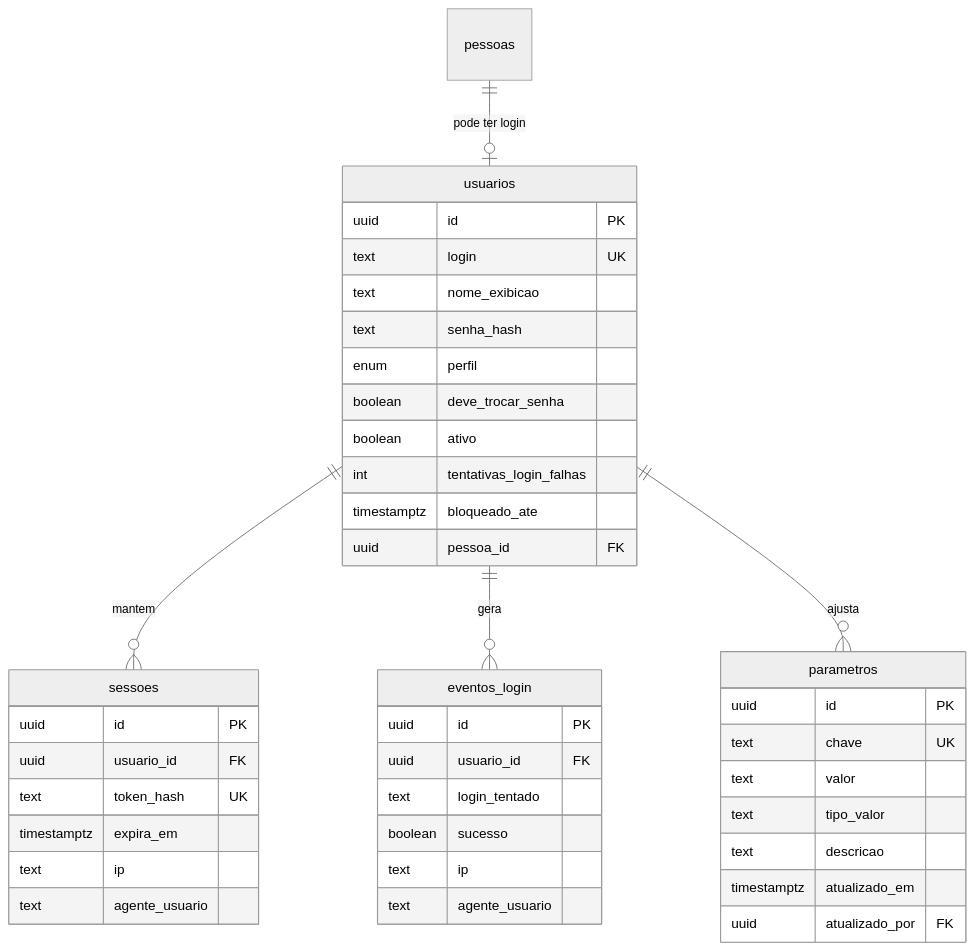
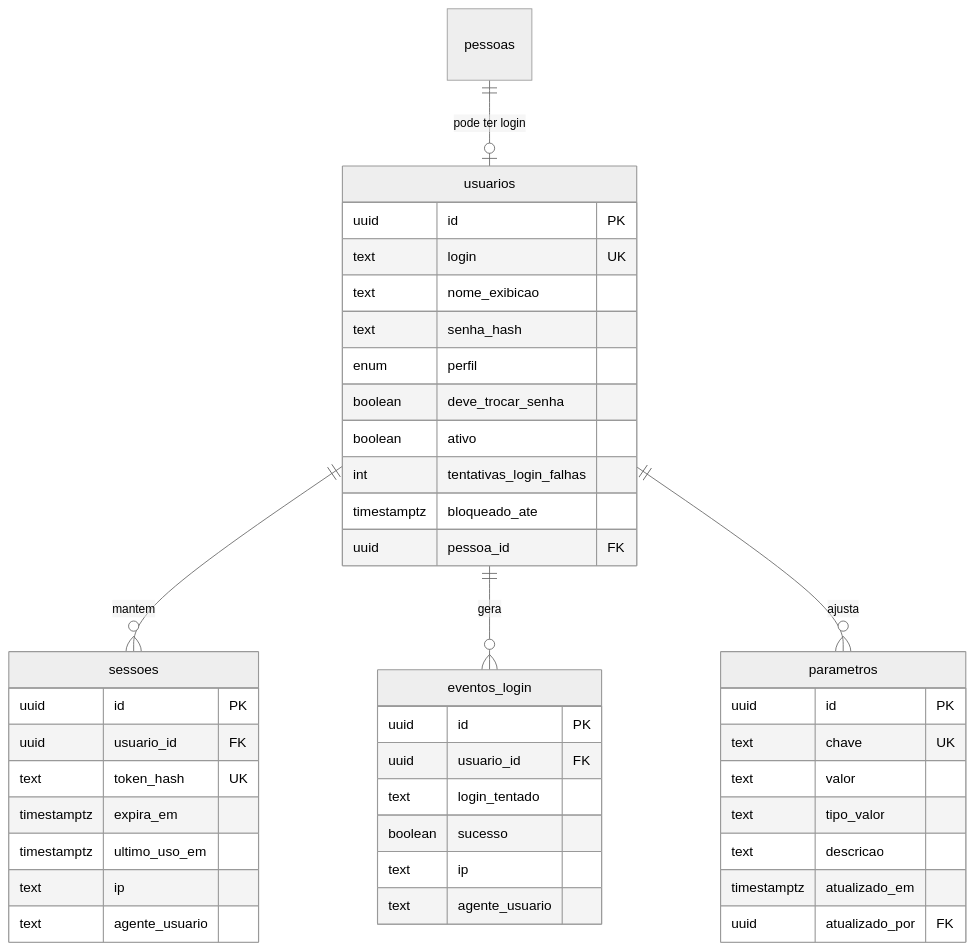
One commit to JoaoMudar/tcc changed the diagram in docs/engenharia/modelo-dados-pt/mmd/fig08-acesso.mmd. Above: the diagram before and after it, drawn with Mermaid (neutral theme). The commit also changed 19 other files, not shown here.

First line of the commit message:
fix(modelo-dados): alinha C8, C6 e as figuras ao schema real

```diff
--- a/docs/engenharia/modelo-dados-pt/mmd/fig08-acesso.mmd
+++ b/docs/engenharia/modelo-dados-pt/mmd/fig08-acesso.mmd
@@ -1,44 +1,45 @@
 erDiagram
   usuarios {
     uuid    id PK
     text    login UK
     text    nome_exibicao
     text    senha_hash
     enum    perfil
     boolean deve_trocar_senha
     boolean ativo
     int     tentativas_login_falhas
     timestamptz bloqueado_ate
     uuid    pessoa_id FK
   }
   sessoes {
     uuid id PK
     uuid usuario_id FK
     text token_hash UK
     timestamptz expira_em
+    timestamptz ultimo_uso_em
     text ip
     text agente_usuario
   }
   eventos_login {
     uuid id PK
     uuid usuario_id FK
     text login_tentado
     boolean sucesso
     text ip
     text agente_usuario
   }
   parametros {
     uuid id PK
     text chave UK
     text valor
     text tipo_valor
     text descricao
     timestamptz atualizado_em
     uuid atualizado_por FK
   }
   pessoas {}
 
   usuarios ||--o{ sessoes       : "mantem"
   usuarios ||--o{ eventos_login : "gera"
   usuarios ||--o{ parametros    : "ajusta"
   pessoas  ||--o| usuarios      : "pode ter login"
```
